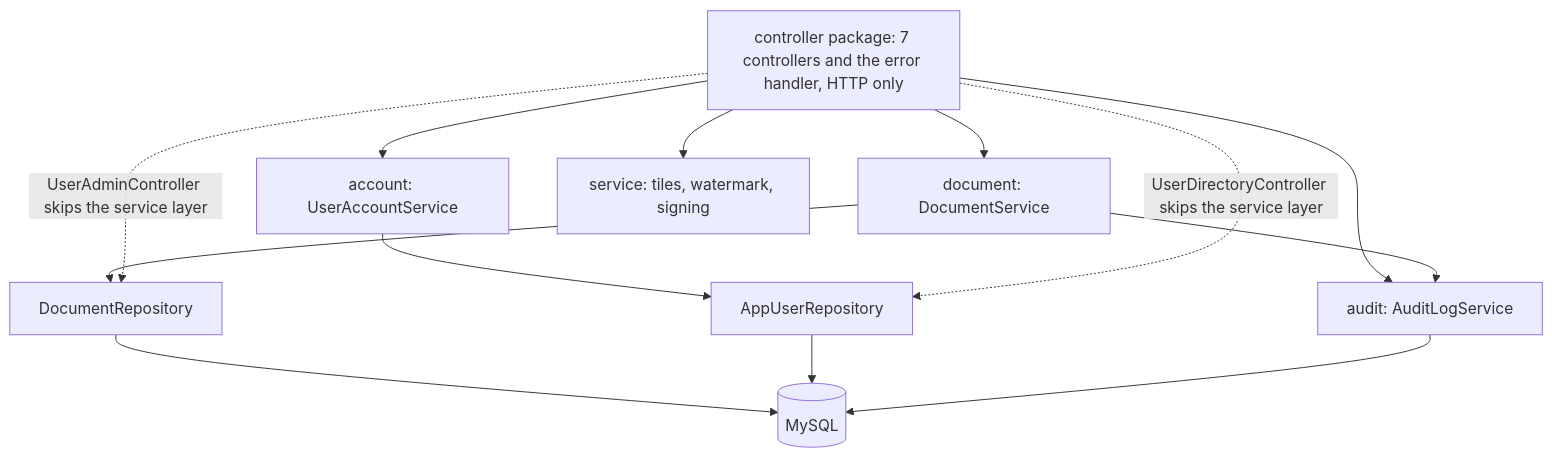
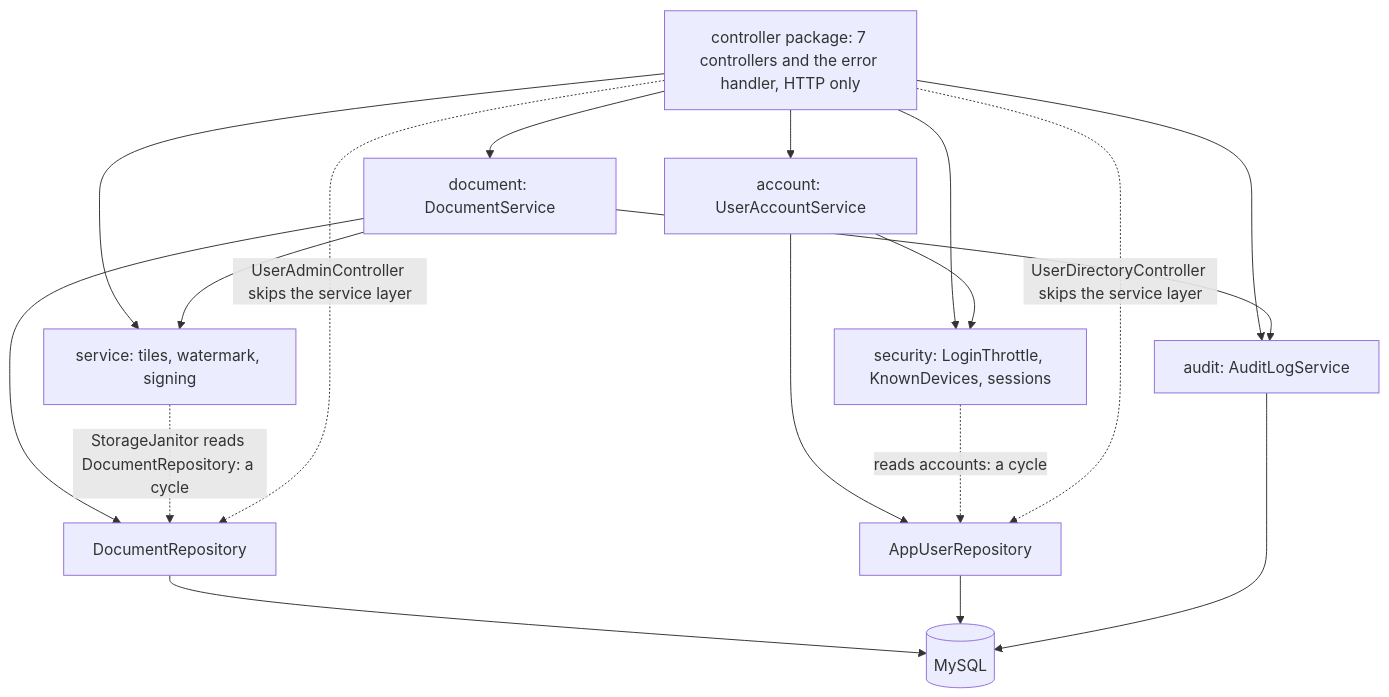
Before and after one commit to Sriram-Codes-SW/secure-doc-viewer: the second of 6 diagrams in book/part-6-patterns/39-architectural-patterns.md, drawn with Mermaid. The commit also changed other lines of this file and 102 other files, not shown here.

````diff
--- a/book/part-6-patterns/39-architectural-patterns.md
+++ b/book/part-6-patterns/39-architectural-patterns.md
@@ -91,15 +93,20 @@
 ```mermaid
 flowchart TB
     C["controller package: 7 controllers and the error handler, HTTP only"] --> DS["document: DocumentService"]
     C --> AS["account: UserAccountService"]
     C --> TS["service: tiles, watermark, signing"]
     C --> AU["audit: AuditLogService"]
+    C --> SEC["security: LoginThrottle, KnownDevices, sessions"]
     DS --> DR["DocumentRepository"]
     AS --> UR["AppUserRepository"]
     DS --> AU
+    DS --> TS
+    TS -.->|"StorageJanitor reads DocumentRepository: a cycle"| DR
+    AS --> SEC
+    SEC -.->|"reads accounts: a cycle"| UR
     DR --> DB[("MySQL")]
     UR --> DB
     AU --> DB
     C -.->|"UserDirectoryController skips the service layer"| UR
     C -.->|"UserAdminController skips the service layer"| DR
 ```
````
